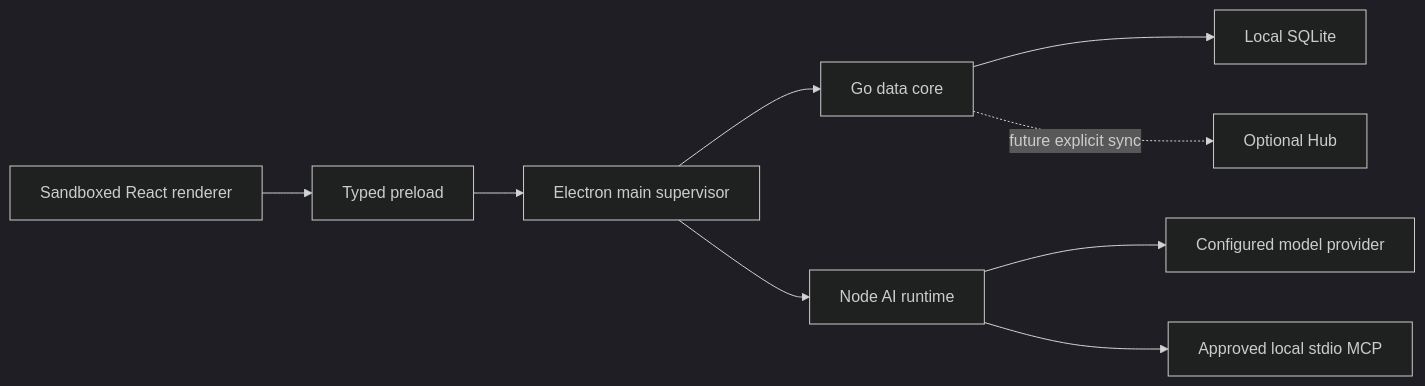
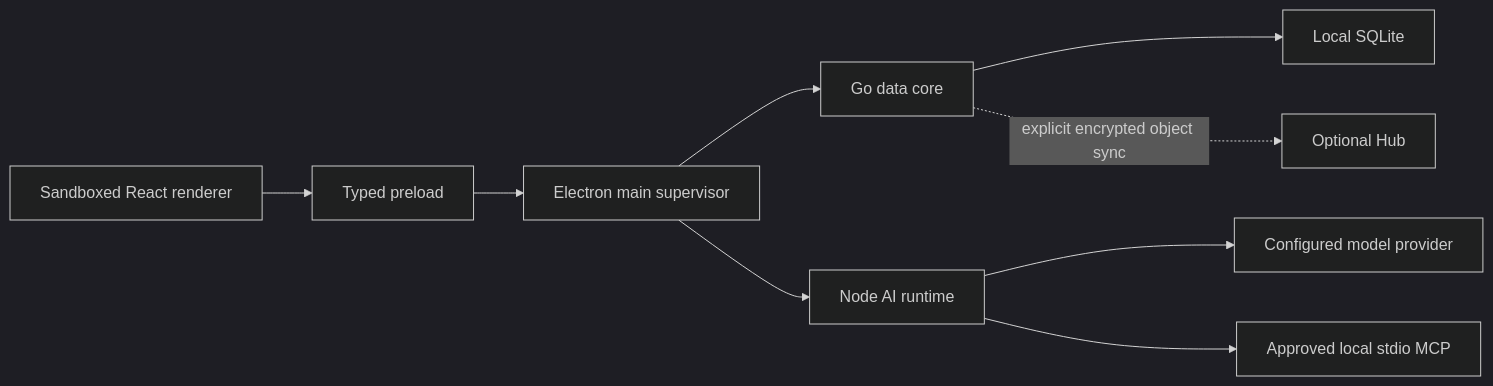
One commit to sudotty/bubu changed the diagram in README.md. Above: the diagram before and after it, drawn with Mermaid (dark theme). The commit also changed other lines of this file and 516 other files, not shown here.

````diff
--- a/README.md
+++ b/README.md
@@ -44,11 +52,11 @@
 ```mermaid
 flowchart LR
     UI["Sandboxed React renderer"] --> PRE["Typed preload"]
     PRE --> MAIN["Electron main supervisor"]
     MAIN --> DATA["Go data core"]
     MAIN --> AI["Node AI runtime"]
     DATA --> DB["Local SQLite"]
     AI --> MODEL["Configured model provider"]
     AI --> MCP["Approved local stdio MCP"]
-    DATA -. "future explicit sync" .-> HUB["Optional Hub"]
+    DATA -. "explicit encrypted object sync" .-> HUB["Optional Hub"]
 ```
````
